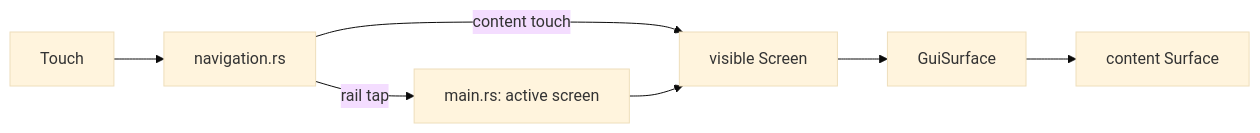
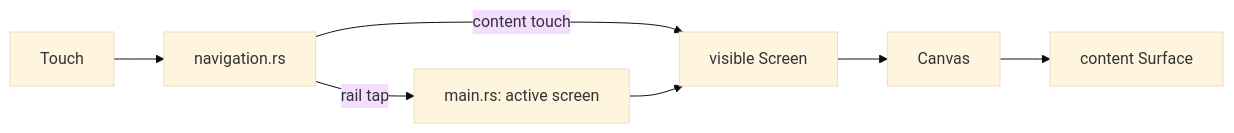
Before and after one commit to wackazong/hackandhike-2026: the fifth of 6 diagrams in docs/architecture.md, drawn with Mermaid (base theme). The commit also changed other lines of this file and 2 other files, not shown here.

First line of the commit message:
docs: README for the first hour, architecture for the machinery

````diff
--- a/docs/architecture.md
+++ b/docs/architecture.md
@@ -181,9 +191,9 @@
 ```mermaid
 flowchart LR
     Touch["Touch"] --> Nav["navigation.rs"]
     Nav -- "rail tap" --> Shell["main.rs: active screen"]
     Nav -- "content touch" --> Screen["visible Screen"]
     Shell --> Screen
-    Screen --> Gui["GuiSurface"]
-    Gui --> Content["content Surface"]
+    Screen --> Canvas["Canvas"]
+    Canvas --> Content["content Surface"]
 ```
````
